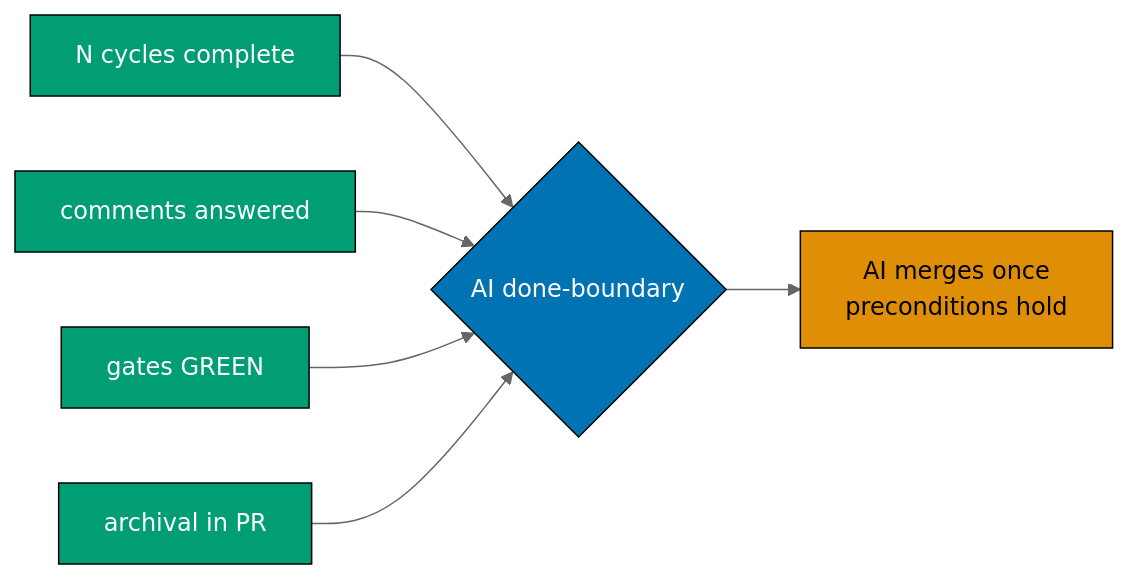
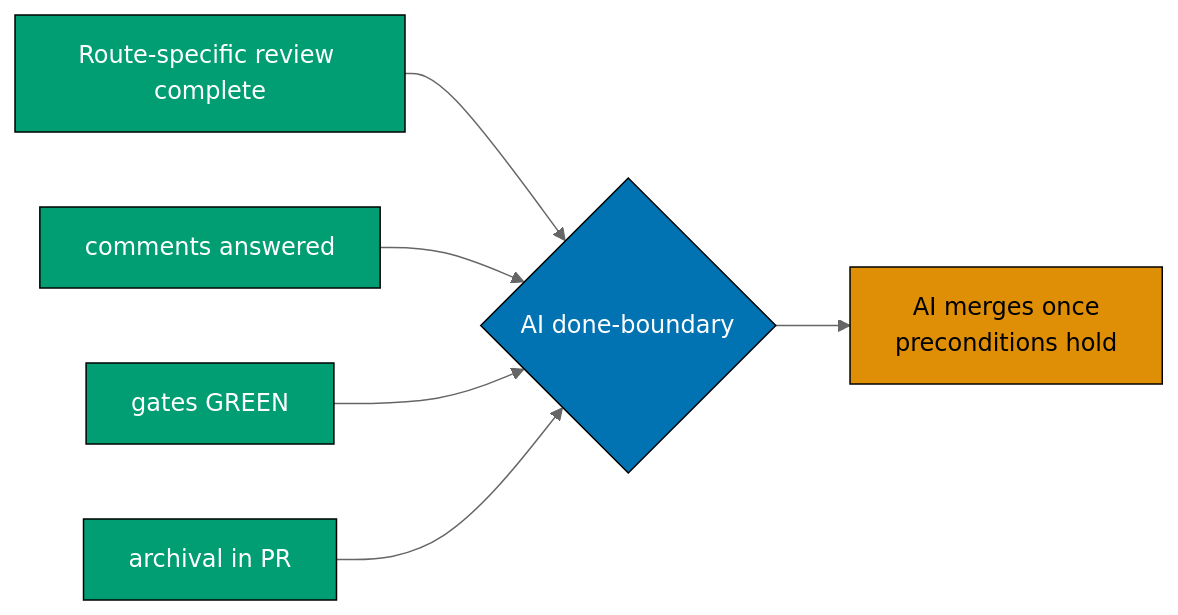
One commit to wahidyankf/ose-primer changed the third of 3 diagrams in repo-governance/workflows/pr/pr-review-quality-gate.md. Above: the diagram before and after it, drawn with Mermaid (neutral theme). The commit also changed other lines of this file and 72 other files, not shown here.

````diff
--- a/repo-governance/workflows/pr/pr-review-quality-gate.md
+++ b/repo-governance/workflows/pr/pr-review-quality-gate.md
@@ -412,13 +473,13 @@
 ```mermaid
 %% Color palette: Teal #029E73 (done-definition items), Blue #0173B2 (AI done-boundary), Orange #DE8F05 (merge step -- [AI] by default)
 flowchart LR
-  A["N cycles complete"]:::teal --> D{"AI done-boundary"}:::blue
+  A["Route-specific review complete"]:::teal --> D{"AI done-boundary"}:::blue
   B["comments answered"]:::teal --> D
   C["gates GREEN"]:::teal --> D
   E["archival in PR"]:::teal --> D
   D --> H["AI merges once<br/>preconditions hold"]:::orange
 
   classDef teal fill:#029E73,stroke:#000000,color:#FFFFFF
   classDef blue fill:#0173B2,stroke:#000000,color:#FFFFFF
   classDef orange fill:#DE8F05,stroke:#000000,color:#000000
 ```
````
